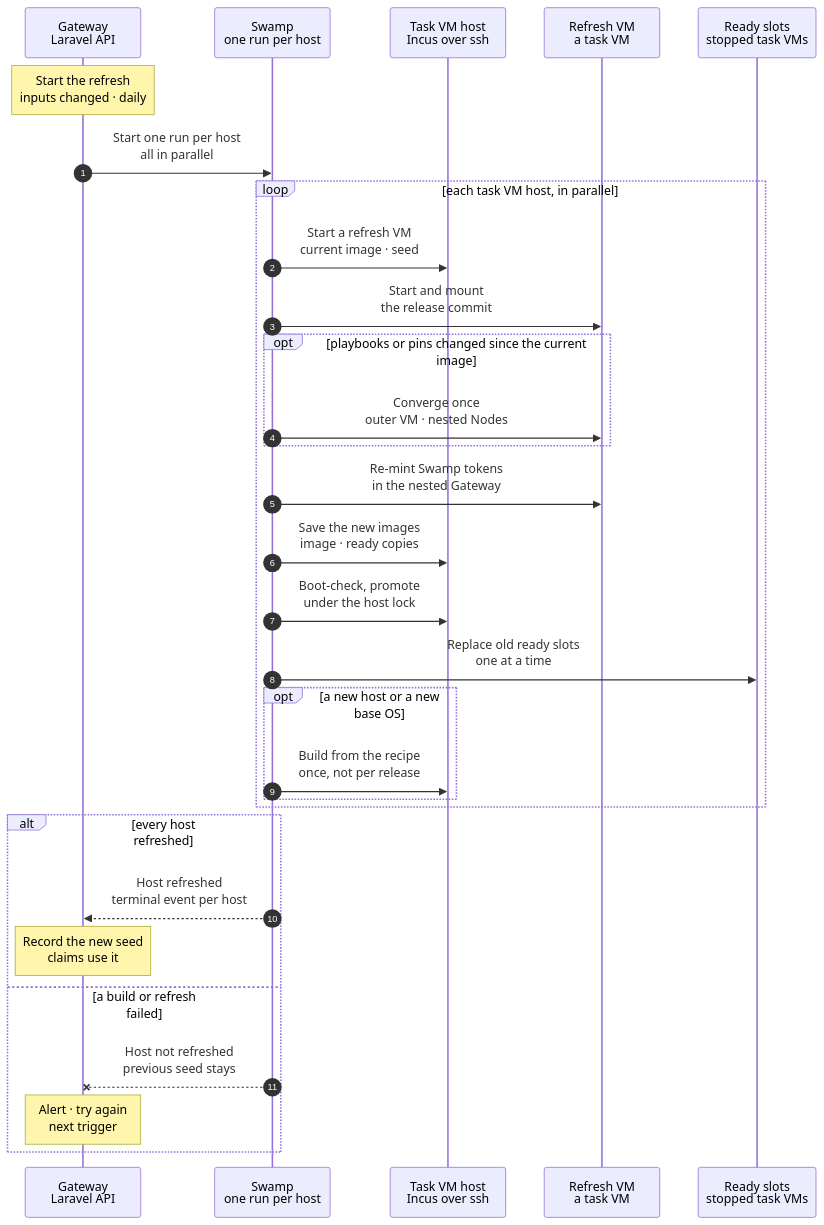
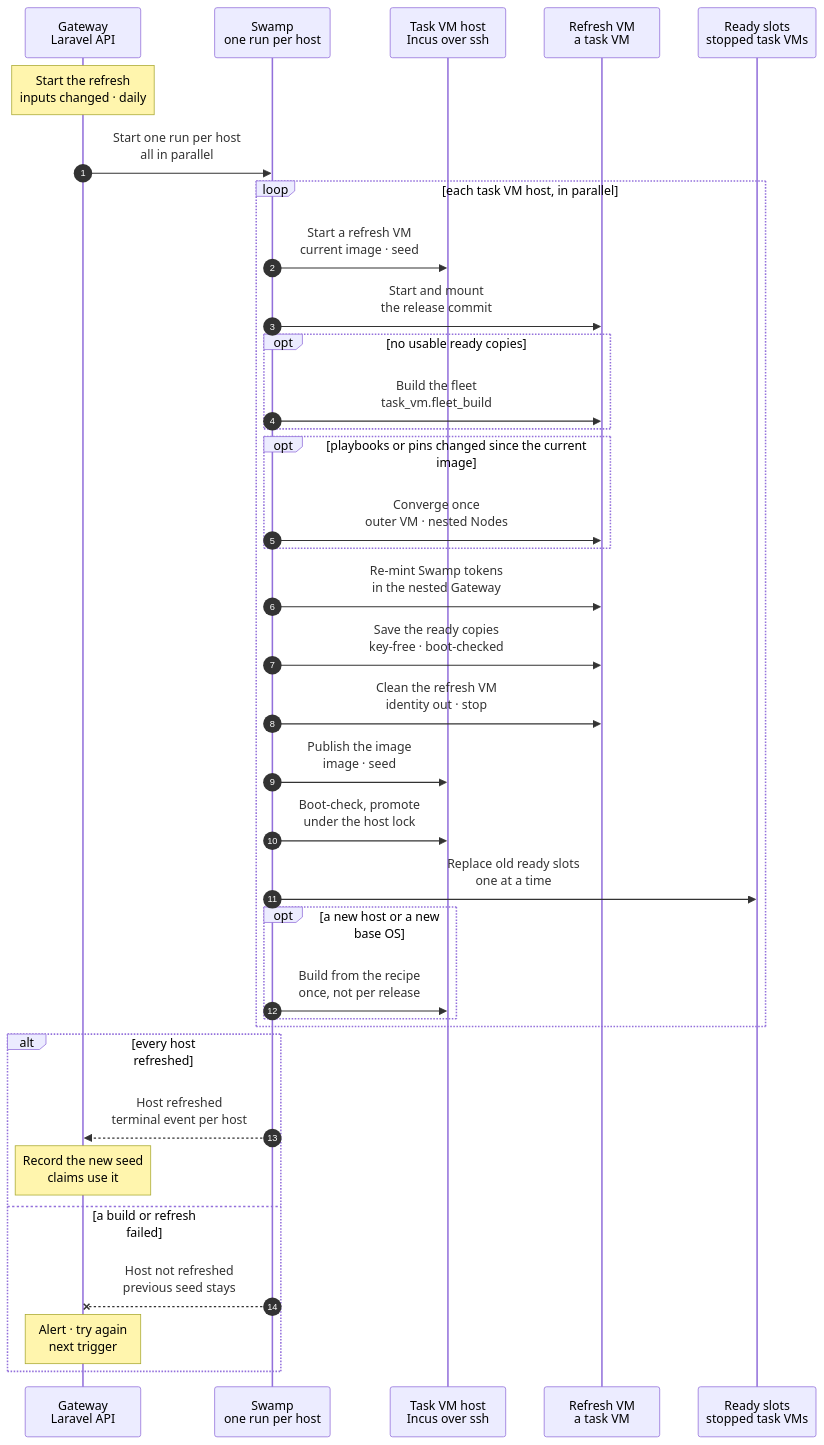
Before and after one commit to hardimpactdev/orbit: the diagram in docs/reference/pipeline/6-task-image-seed-refresh.mmd, drawn with Mermaid. The commit also changed 46 other files, not shown here.

First line of the commit message:
Stage 6: refresh the task image and seed of a host in one run (task_vm.image_refresh) (#2795)

```diff
--- a/docs/reference/pipeline/6-task-image-seed-refresh.mmd
+++ b/docs/reference/pipeline/6-task-image-seed-refresh.mmd
@@ -1,91 +1,116 @@
 sequenceDiagram
   %% Target design: stage 6 of the command development pipeline (feature-flow section 7). After a release that changed playbooks, pins or lock files, and at least daily, every task VM host brings its current task image and topology seed up to the release, in parallel, and saves them as the new ones: no build from the recipe; ready slots built from the old image are replaced one at a time. Nothing is copied between hosts.
   %% status: draft
   %% command: development pipeline stage 6 · per-host task image and seed refresh
   %% kind: pipeline.6-task-image-seed-refresh
   autonumber
   %% lane GW icon=gateway pill=intent tone=blue
   %% lane SW icon=workflow pill=executes tone=green
   %% lane H icon=server pill=each host tone=amber
   %% lane VM icon=server pill=target tone=gray
   %% lane SL icon=server pill=pool tone=purple
   participant GW as Gateway<br/>Laravel API
   participant SW as Swamp<br/>one run per host
   participant H as Task VM host<br/>Incus over ssh
   participant VM as Refresh VM<br/>a task VM
   participant SL as Ready slots<br/>stopped task VMs
   Note over GW: Start the refresh<br/>inputs changed · daily
   %%> Triggers:
   %%> - a release that went live and passed its check (stage 5), only when it changed what the images carry: playbooks, pins or lock files; a code-only release needs no refresh, because a task mounts its own checkout
   %%> - a daily schedule, so a seed never gets older than a day: the Swamp tokens in the ready copies last 24 hours and a ready copy expires after 20
   %%> Not built:
-  %%> - both triggers (B8); today an operator runs `php artisan task-vms:refresh-seed HOST`
+  %%> - both triggers (B8); today an operator runs `php artisan task-vms:refresh-image HOST`
+  %%> Built (task_vm.image_refresh, workflow `operation-task-vm-image-refresh`):
+  %%> - the run of one host, admitted like `tasks:prep`: a group of its own in the proof Project, placed on that host only, with the whole intent captured in the admission of provision; no step calls the Gateway
+  %%> - a repeat admission for a host returns the open run
   %%> Hosts:
   %%> - Linux only: the task VM hosts beast and shark, with Incus
   %%> Requirements per host:
   %%> - an active task VM host with no refresh running and one free large slot for the refresh VM
   %%> - the Gateway has the release commit, GitHub App read access to the repository, and the proof Swamp Club key
   GW->>SW: Start one run per host<br/>all in parallel
   %%> Why:
   %%> - hosts differ in CPU, and a copy between hosts loses the storage sharing inside the seed; so each host refreshes its own
   %%> - a second admission for a host returns the open task
   loop each task VM host, in parallel
     SW->>H: Start a refresh VM<br/>current image · seed
     %%> What it does:
     %%> - starts a task VM from the host's current task image, with a clone of its current topology seed, as for any task
+    %%> Built: the child `operation-task-provision`, which does this step and the next; the VM starts from the image the host promoted last, whatever its recipe or age
     SW->>VM: Start and mount<br/>the release commit
     %%> What it does:
     %%> - checks out the release commit in the refresh VM, with `composer install` and `bun install` where a lock file changed
     %%> - starts the nested fleet from the current ready copies, mounts that checkout over NFS and runs the apply step, as in stage 2
+    opt no usable ready copies
+      SW->>VM: Build the fleet<br/>task_vm.fleet_build
+      %%> Decided by the orchestrator, for Nick's review:
+      %%> - the first refresh of a host whose seed holds no ready copies calls the nested fleet build as a child (chart `docs/cli/tasks/vm-fleet-build.mmd`), which ends by saving ready copies; the refresh then goes on
+      %%> Not built: the child is wired when `task_vm.fleet_build` lands; until then the first refresh needs ready copies in the seed
+    end
     opt playbooks or pins changed since the current image
       SW->>VM: Converge once<br/>outer VM · nested Nodes
       %%> What it does:
       %%> - image playbooks on the outer VM; role playbooks and pins on the nested Nodes, through the nested Orbit's `node:converge`
       %%> - the same step as in the proof CI (stage 4)
+    %%> Decided by the orchestrator, for Nick's review:
+    %%> - the run always converges: a VM at the pins reports no change in about a minute, so the Gateway needs no check of what changed; the `opt` stays as the chart of the intent
+    %%> Built: the outer VM through `operation-task-vm-converge`; the nested Nodes (the nested Orbit's `node:converge` over the NFS mount) are the last piece, with the NFS child of stage 2
     end
     SW->>VM: Re-mint Swamp tokens<br/>in the nested Gateway
+    %%> Decided by the orchestrator, for Nick's review:
+    %%> - an SSH step into the nested Gateway that runs the product command the fleet build uses to mint its Swamp serve and worker tokens; it is the last piece to wire, because that command does not exist yet
     %%> Why:
     %%> - the tokens of the ready copies last 24 hours, so every refresh starts them fresh
-    SW->>H: Save the new images<br/>image · ready copies
+    SW->>VM: Save the ready copies<br/>key-free · boot-checked
+    %%> Built: the child `operation-task-vm-ready-copies`, the kind `task_vm.ready_copies`, on the refresh VM
+    SW->>VM: Clean the refresh VM<br/>identity out · stop
+    %%> Decided by the orchestrator, for Nick's review:
+    %%> - one explicit clean step before the publication, the workflow `task-vm-image-clean`; the image build's `Clean and stop` calls the same workflow for its builder (`enrolled: false`), so there is one clean step and not two
+    %%> - it removes the nested guests and network, the WireGuard key, the observer identity and secret, the Pi token, the model key, the Club key and the checkout, resets cloud-init, the machine-id and the SSH host keys, trims the disk and stops the VM
+    SW->>H: Publish the image<br/>image · seed
     %%> What it does:
     %%> - stops the nested VMs and copies them into a clone of the seed as the new ready copies, key-free: the proof Club key is deleted, every file is scanned for it, and freed blocks are trimmed
     %%> Proposed 2026-11-05:
     %%> - each ready copy is self-contained: its `.env`, storage, `bootstrap/cache` and database stay on its own disk; it holds no checkout, because every task VM mounts its own
     %%> - stores the nested network with the copies: the subnet, and each Node's NIC MAC and address
     %%> - removes the refresh VM's WireGuard key from the operator Node record, so a new task VM joins with its own key (stage 2)
     %%> - publishes the outer VM as the new task image
     SW->>H: Boot-check, promote<br/>under the host lock
+    %%> Built: the smoke is the child `task-vm-image-smoke` and the alias move is the child `task-vm-image-promote`, the same children as the image build
+    %%> Decided by the orchestrator, for Nick's review:
+    %%> - the new image has a new fingerprint, and a seed is named from its image, so the new seed is a copy of the refresh VM's seed disk under the new name (`zfs promote` after the copy, so refreshes form no clone chain); the old image and the old seed stay under their own names, and the old image keeps the alias `-previous`, which is the rollback copy
+    %%> - the Gateway records the new image as the host's latest promoted build when the run ends, then cancels the group of the run, which destroys the refresh VM
     %%> What it does:
     %%> - boots a throwaway copy of each ready copy and of the image to check them, then promotes both and destroys the refresh VM
     %%> - keeps the old image and seed as `-previous`, the rollback copy; cleanup always runs
     %%> - a failed step keeps the old image and seed
     %%> Not built:
     %%> - the whole refresh from a running task VM; today the seed refresh boots a builder from the image and has no topology build or ready copies (the old reset was removed), and the image is built from the recipe
     SW->>SL: Replace old ready slots<br/>one at a time
     %%> Target, not built:
     %%> - destroys a ready slot made from the old image, enrols a new one from the new image, then takes the next
     %%> - a slot is always ready; a slot in use keeps running on its own clone
     %%> - when the image did not change, nothing is replaced
     opt a new host or a new base OS
       SW->>H: Build from the recipe<br/>once, not per release
       %%> What it does:
       %%> - builds the task image from the stock image with the recipe phases (`task_vm.image_build`) and the first seed (`task_vm.seed_refresh`)
       %%> - every later release only brings these up to date
     end
   end
   alt every host refreshed
     SW-->>GW: Host refreshed<br/>terminal event per host
     %%> What it does:
     %%> - each host reports its own result; one slow host does not hold the others
     Note over GW: Record the new seed<br/>claims use it
     %%> Result:
     %%> - the next task VM and the next proof start from the new seed, which holds the running release
     %%> - no fleet test follows; the seed is checked only by its own throwaway boot
   else a build or refresh failed
     SW--xGW: Host not refreshed<br/>previous seed stays
     %%> On failure:
     %%> - the failed step is named; the host keeps the image and seed it had, and the next trigger tries again
     Note over GW: Alert · try again<br/>next trigger
     %%> Result:
     %%> - the host keeps the image and seed it had; the other hosts are not affected
   end
```
